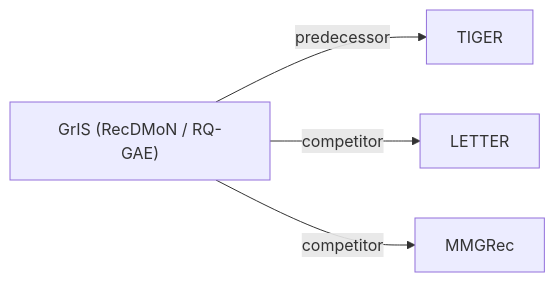
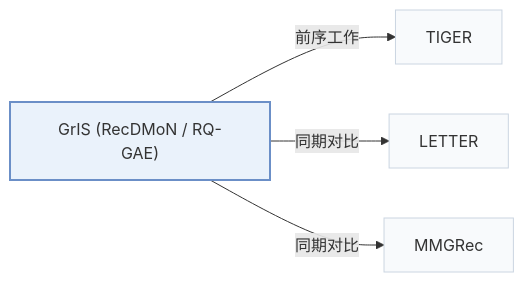
The second of 2 diagrams in pages/zh/papers/gris-recdmon-rq-gae.md (Galaxy-ghost/Awesome-SID-Generative-Rec), drawn with Mermaid before and after one commit. The commit also changed other lines of this file and 649 other files, not shown here.

Commit message:
writer-05: also tags and modality index (schema, check, build, visuals); summary field removed; calibration data for 12 papers

````diff
--- a/pages/zh/papers/gris-recdmon-rq-gae.md
+++ b/pages/zh/papers/gris-recdmon-rq-gae.md
@@ -68,7 +72,11 @@
 ```mermaid
 flowchart LR
     P["GrIS (RecDMoN / RQ-GAE)"]
-    P -->|predecessor| A["TIGER"]
-    P -->|competitor| B["LETTER"]
-    P -->|competitor| C["MMGRec"]
+    P -->|"前序工作"| A["TIGER"]
+    P -->|"同期对比"| B["LETTER"]
+    P -->|"同期对比"| C["MMGRec"]
+    classDef main fill:#eaf2fb,stroke:#6b8fc7,stroke-width:2px
+    classDef peer fill:#f8fafc,stroke:#cbd5e1
+    class P main
+    class A,B,C peer
 ```
````
